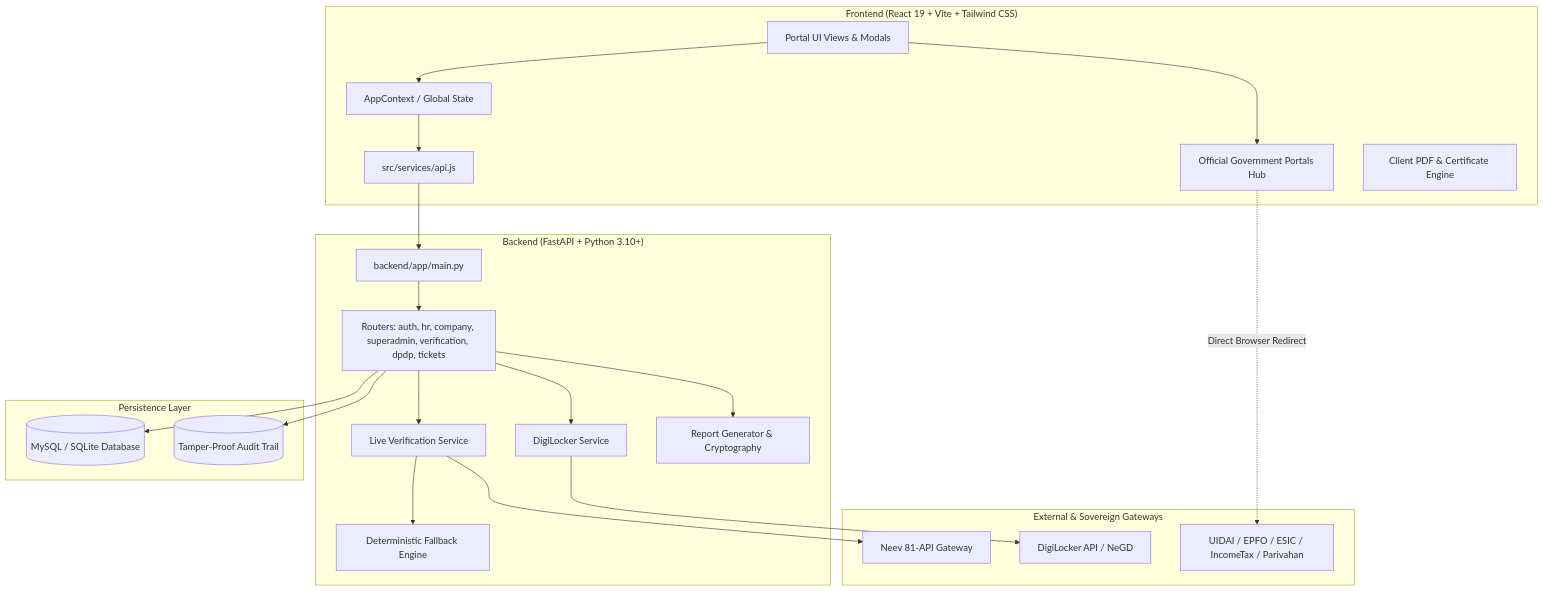
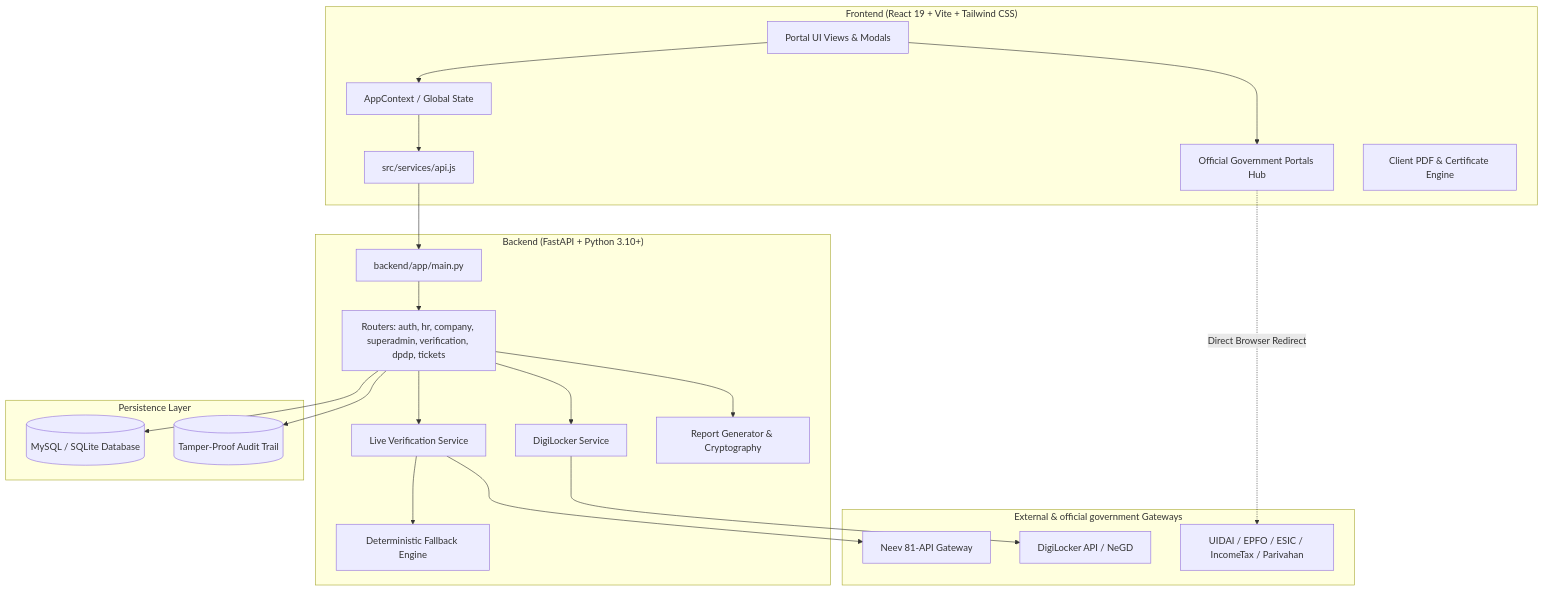
Before and after one commit to muthujoygroup-art/joy_verification: the diagram in MIGRATION_AND_PROJECT_MASTER_CONTEXT.md, drawn with Mermaid. The commit also changed other lines of this file and 5 other files, not shown here.

````diff
--- a/MIGRATION_AND_PROJECT_MASTER_CONTEXT.md
+++ b/MIGRATION_AND_PROJECT_MASTER_CONTEXT.md
@@ -103,45 +103,45 @@
 ```mermaid
 flowchart TD
     subgraph Frontend ["Frontend (React 19 + Vite + Tailwind CSS)"]
         UI[Portal UI Views & Modals]
         CTX[AppContext / Global State]
         API_CLI[src/services/api.js]
         DOC_HUB[Official Government Portals Hub]
         PDF_ENG[Client PDF & Certificate Engine]
     end
 
     subgraph Backend ["Backend (FastAPI + Python 3.10+)"]
         MAIN[backend/app/main.py]
         ROUTERS[Routers: auth, hr, company, superadmin, verification, dpdp, tickets]
         VERIF_SVC[Live Verification Service]
         DIGI_SVC[DigiLocker Service]
         REPORT_SVC[Report Generator & Cryptography]
         MOCK_ENG[Deterministic Fallback Engine]
     end
 
-    subgraph External ["External & Sovereign Gateways"]
+    subgraph External ["External & official government Gateways"]
         NEEV[Neev 81-API Gateway]
         DIGI_OAUTH[DigiLocker API / NeGD]
         GOVT_PORTALS[UIDAI / EPFO / ESIC / IncomeTax / Parivahan]
     end
 
     subgraph Storage ["Persistence Layer"]
         DB[(MySQL / SQLite Database)]
         AUDIT_LOGS[(Tamper-Proof Audit Trail)]
     end
 
     UI --> CTX
     CTX --> API_CLI
     UI --> DOC_HUB
     DOC_HUB -. Direct Browser Redirect .-> GOVT_PORTALS
     API_CLI --> MAIN
     MAIN --> ROUTERS
     ROUTERS --> VERIF_SVC
     ROUTERS --> DIGI_SVC
     ROUTERS --> REPORT_SVC
     VERIF_SVC --> NEEV
     VERIF_SVC --> MOCK_ENG
     DIGI_SVC --> DIGI_OAUTH
     ROUTERS --> DB
     ROUTERS --> AUDIT_LOGS
 ```
````
